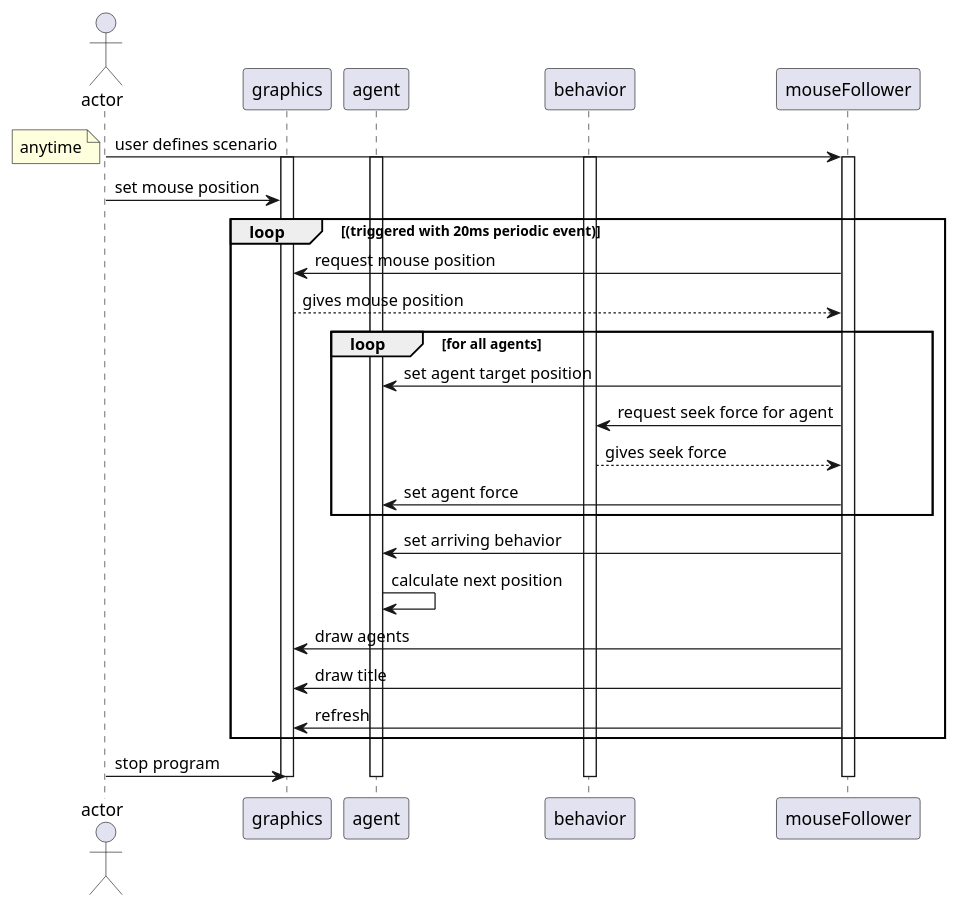
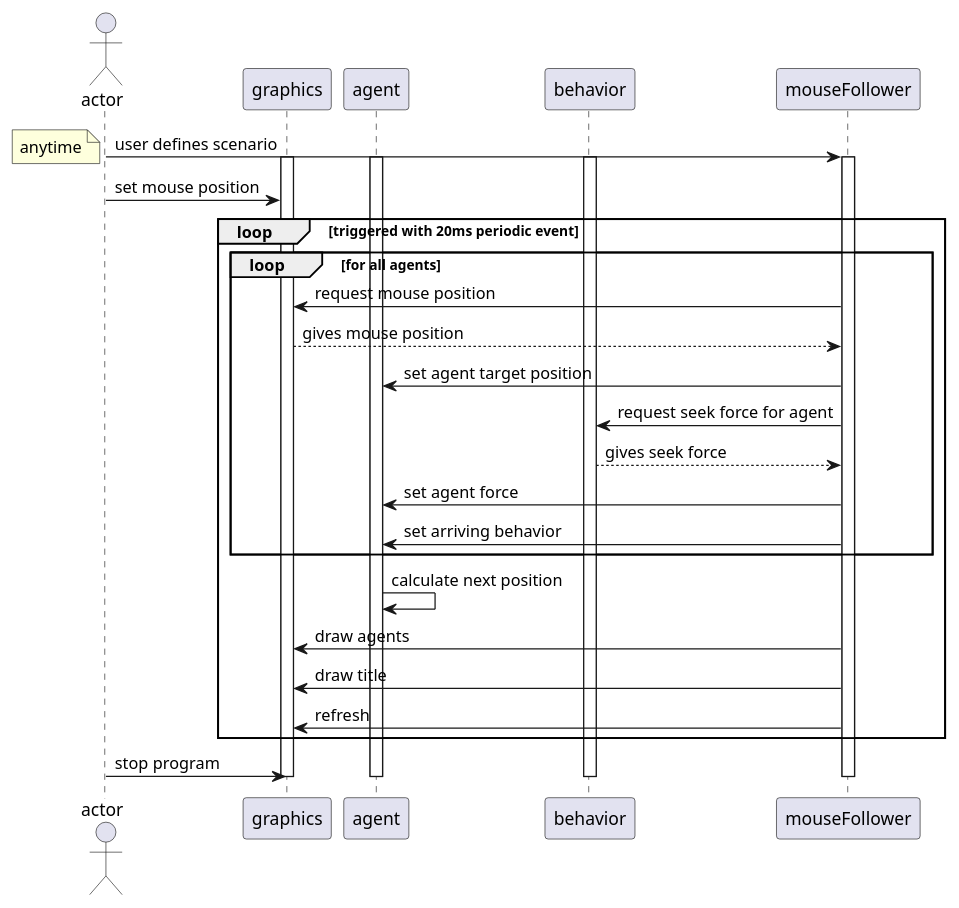
The diagram in docs/uml/sequence_diagram/mouseFollower_scenario.puml (mehmetrizaoz/autonomousSteeringAgents), drawn with PlantUML before and after one commit. The commit also changed 9 other files, not shown here.

Commit message:
obstacle avoidance sequence diagram

```diff
--- a/docs/uml/sequence_diagram/mouseFollower_scenario.puml
+++ b/docs/uml/sequence_diagram/mouseFollower_scenario.puml
@@ -1,35 +1,35 @@
 @startuml
 actor actor as user
 participant graphics as view
 participant agent as agent
 participant behavior as steeringBehavior
 participant mouseFollower as mF
 
 user -> mF: user defines scenario
 activate mF
 activate view
 activate agent
 activate steeringBehavior
 note left: anytime
 user -> view:  set mouse position
-loop (triggered with 20ms periodic event)
-    mF -> view: request mouse position
-    view --> mF: gives mouse position
+loop triggered with 20ms periodic event
     loop for all agents
+        mF -> view: request mouse position
+        view --> mF: gives mouse position
         mF -> agent: set agent target position
         mF -> steeringBehavior: request seek force for agent
         steeringBehavior --> mF: gives seek force
         mF -> agent: set agent force
-    end
-    mF -> agent: set arriving behavior
+        mF -> agent: set arriving behavior
+    end    
     agent -> agent: calculate next position    
     mF -> view: draw agents
     mF -> view: draw title
     mF -> view: refresh
 end
 user -> view: stop program
 deactivate mF
 deactivate view
 deactivate agent
 deactivate steeringBehavior
 @enduml
```
